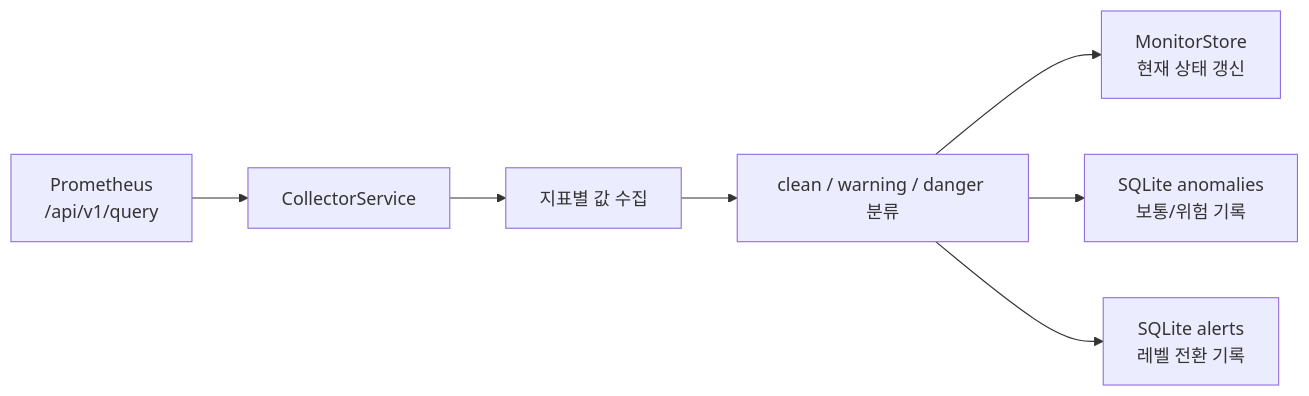
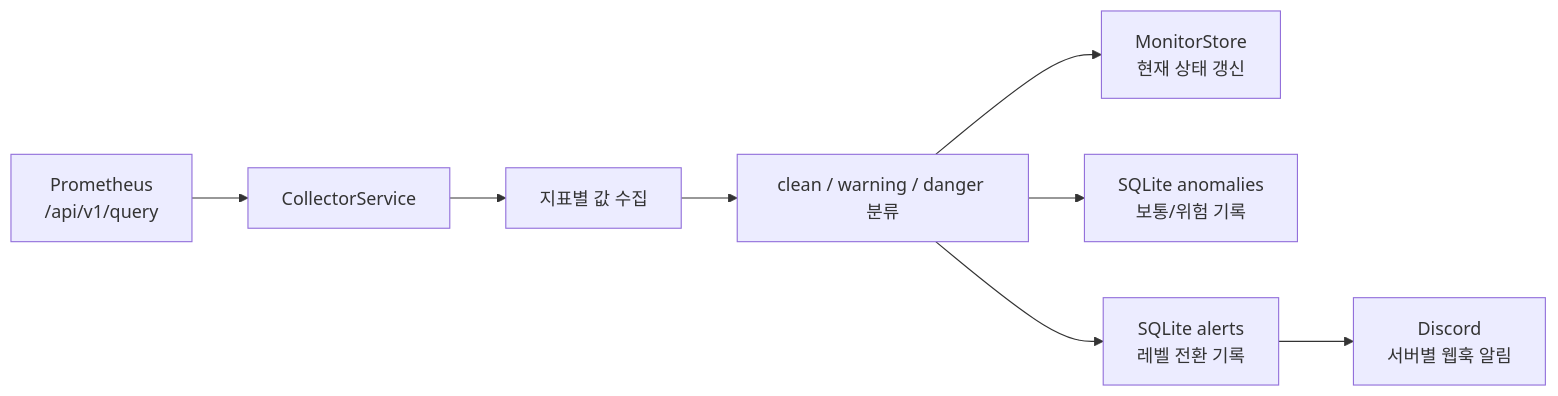
One commit to yoooooungwoon/virnect-project changed the third of 3 diagrams in README.md. Above: the diagram before and after it, drawn with Mermaid. The commit also changed other lines of this file and 9 other files, not shown here.

````diff
--- a/README.md
+++ b/README.md
@@ -105,9 +111,10 @@
 ```mermaid
 flowchart LR
   A["Prometheus<br/>/api/v1/query"] --> B["CollectorService"]
   B --> C["지표별 값 수집"]
   C --> D["clean / warning / danger 분류"]
   D --> E["MonitorStore<br/>현재 상태 갱신"]
   D --> F["SQLite anomalies<br/>보통/위험 기록"]
   D --> G["SQLite alerts<br/>레벨 전환 기록"]
+  G --> H["Discord<br/>서버별 웹훅 알림"]
 ```
````
